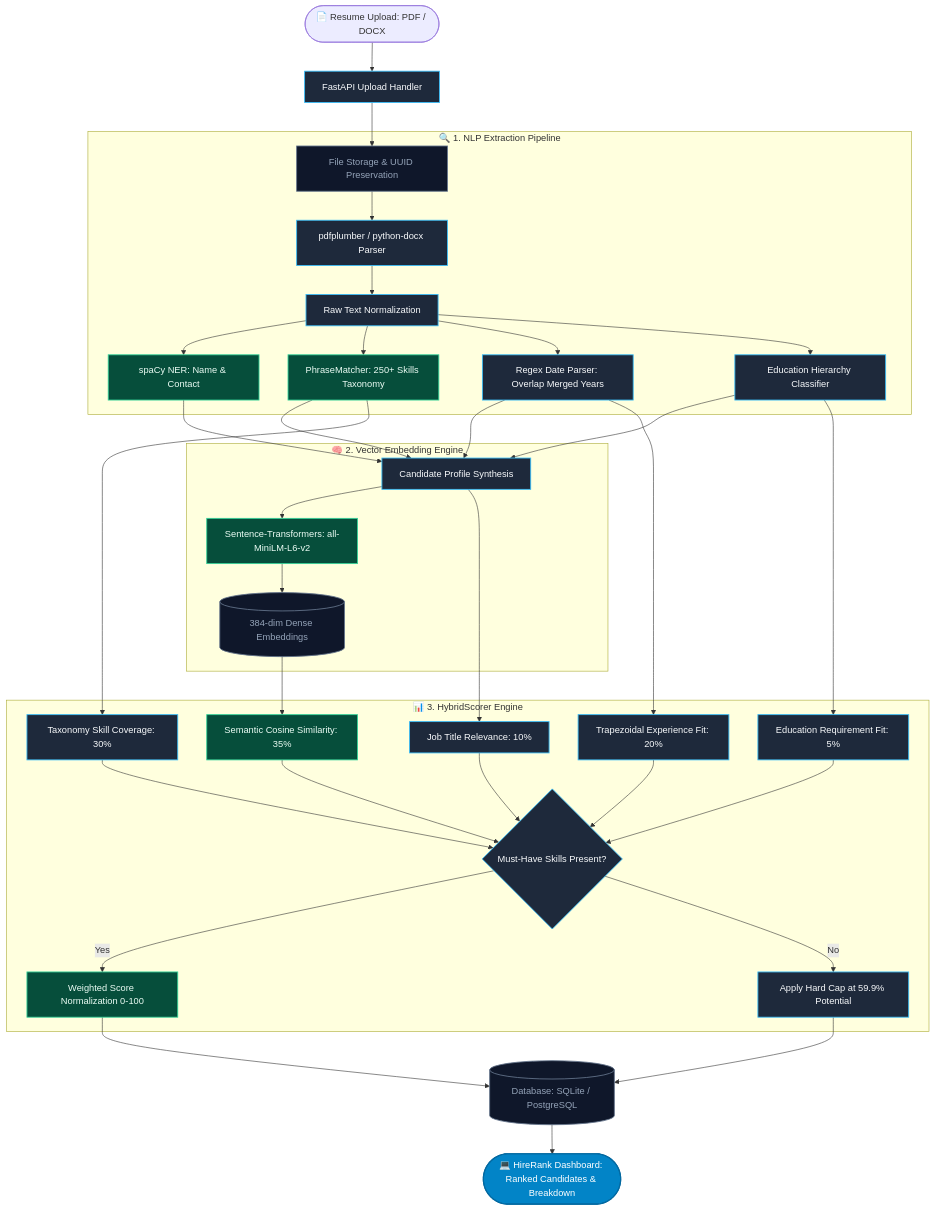
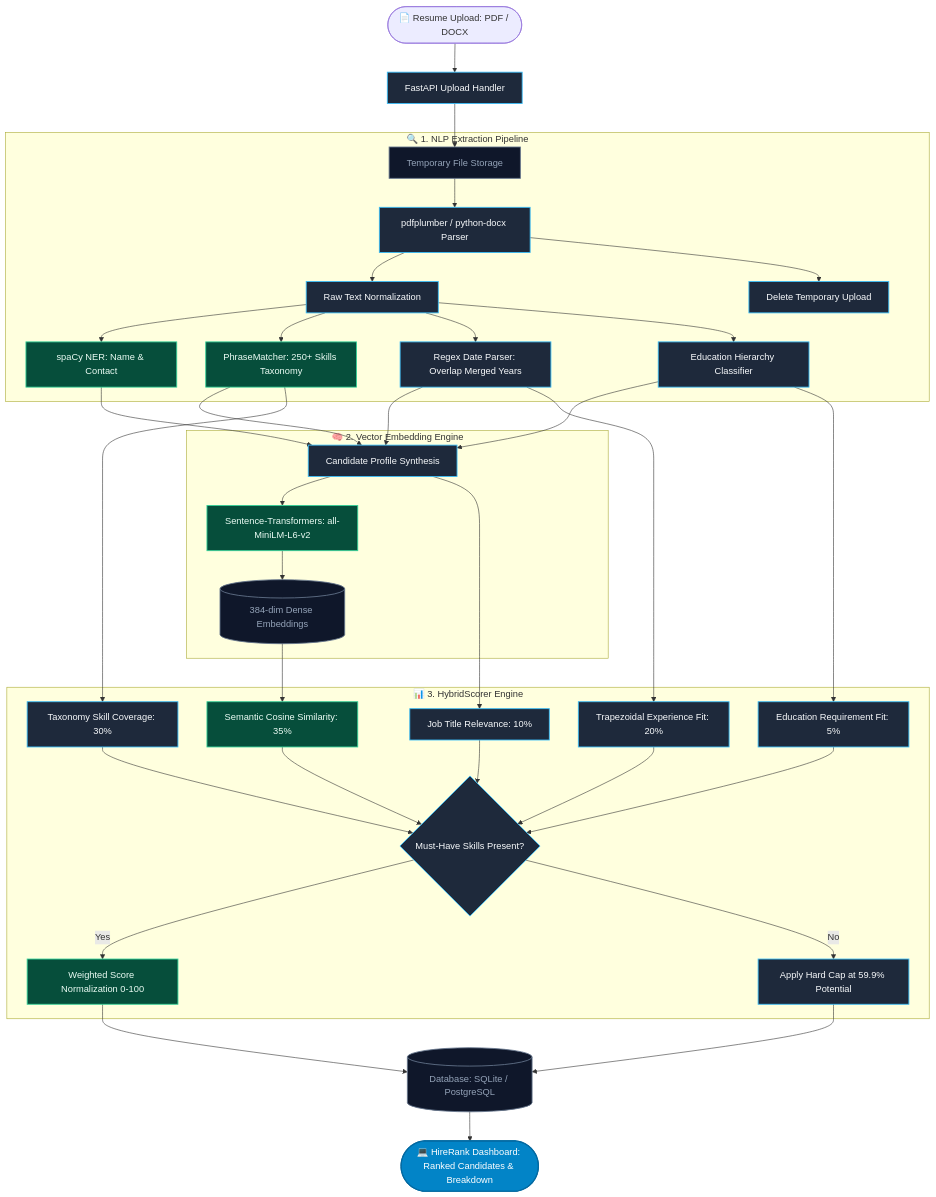
One commit to atharv3046/HireRank changed the diagram in README.md. Above: the diagram before and after it, drawn with Mermaid. The commit also changed other lines of this file and 45 other files, not shown here.

````diff
--- a/README.md
+++ b/README.md
@@ -72,39 +93,40 @@
 ```mermaid
 flowchart TD
     classDef startEnd fill:#0284c7,stroke:#0369a1,stroke-width:2px,color:#fff;
     classDef process fill:#1e293b,stroke:#38bdf8,stroke-width:1.5px,color:#f8fafc;
     classDef storage fill:#0f172a,stroke:#64748b,stroke-width:1.5px,color:#94a3b8;
     classDef ml fill:#064e3b,stroke:#34d399,stroke-width:1.5px,color:#ecfdf5;
 
     A([📄 Resume Upload: PDF / DOCX]) --> B[FastAPI Upload Handler]:::process
-    B --> C[File Storage & UUID Preservation]:::storage
+    B --> C[Temporary File Storage]:::storage
     
     subgraph Extraction_Stage [🔍 1. NLP Extraction Pipeline]
         C --> D[pdfplumber / python-docx Parser]:::process
         D --> E[Raw Text Normalization]:::process
+        D --> D2[Delete Temporary Upload]:::process
         E --> F[spaCy NER: Name & Contact]:::ml
         E --> G[PhraseMatcher: 250+ Skills Taxonomy]:::ml
         E --> H[Regex Date Parser: Overlap Merged Years]:::process
         E --> I[Education Hierarchy Classifier]:::process
     end
 
     subgraph Embedding_Stage [🧠 2. Vector Embedding Engine]
         F & G & H & I --> J[Candidate Profile Synthesis]:::process
         J --> K[Sentence-Transformers: all-MiniLM-L6-v2]:::ml
         K --> L[(384-dim Dense Embeddings)]:::storage
     end
 
     subgraph Scoring_Stage [📊 3. HybridScorer Engine]
         L --> M[Semantic Cosine Similarity: 35%]:::ml
         G --> N[Taxonomy Skill Coverage: 30%]:::process
         H --> O[Trapezoidal Experience Fit: 20%]:::process
         J --> P[Job Title Relevance: 10%]:::process
         I --> Q[Education Requirement Fit: 5%]:::process
         M & N & O & P & Q --> R{Must-Have Skills Present?}:::process
         R -- Yes --> S[Weighted Score Normalization 0-100]:::ml
         R -- No --> T[Apply Hard Cap at 59.9% Potential]:::process
     end
 
     S & T --> U[(Database: SQLite / PostgreSQL)]:::storage
     U --> V([💻 HireRank Dashboard: Ranked Candidates & Breakdown]):::startEnd
 ```
````
